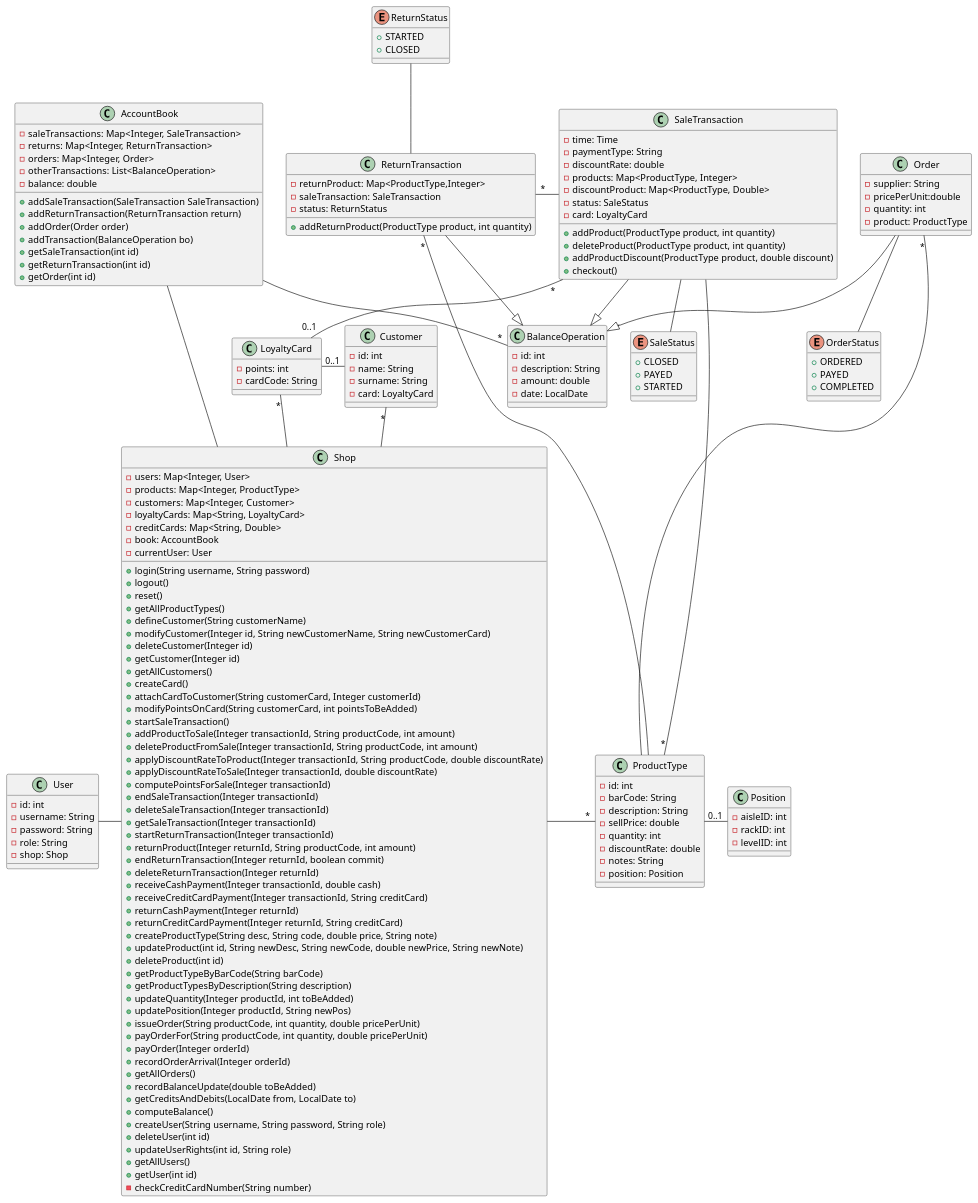
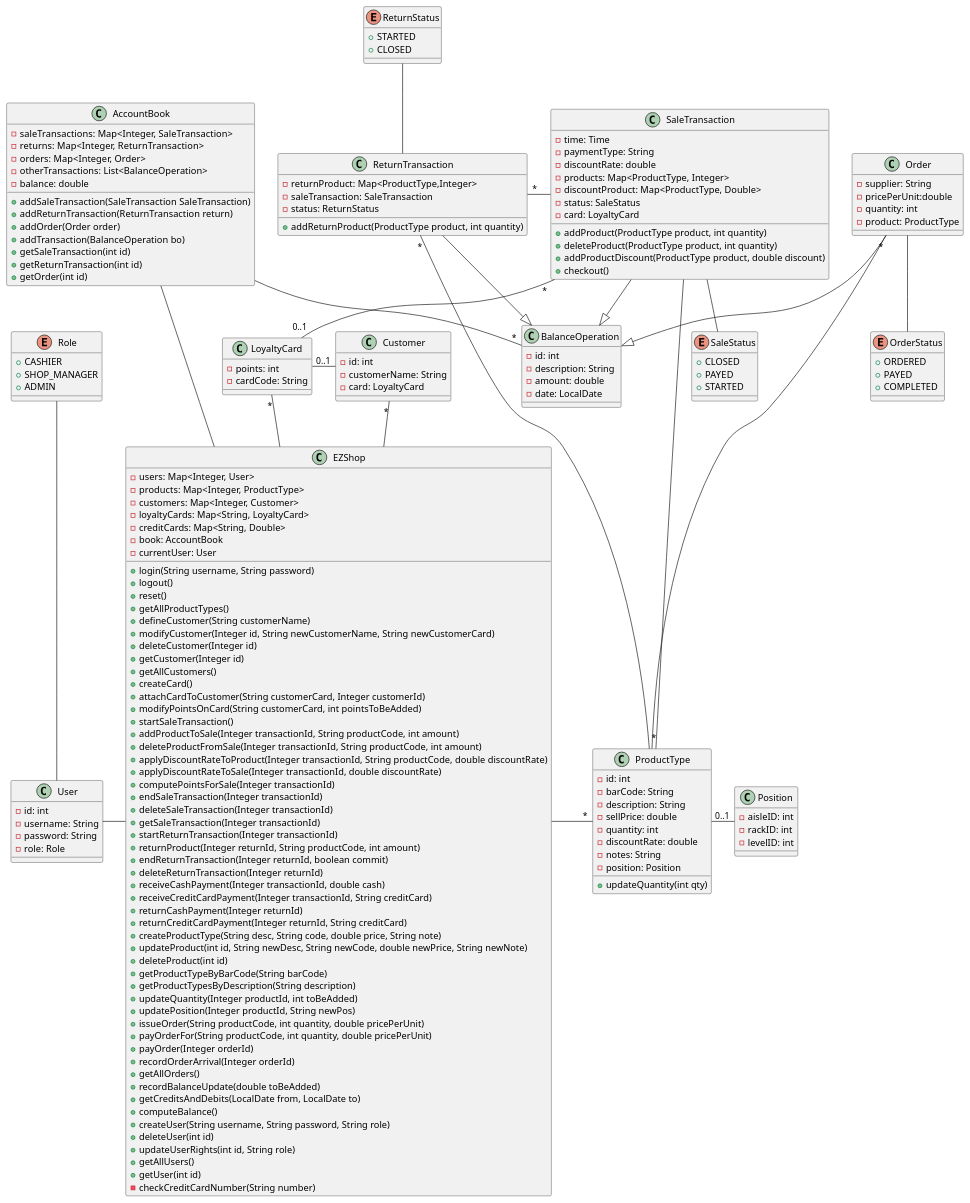
One commit to BMike10/EzShop changed the second of 3 diagrams in Deliverables/DesignDocument.md. Above: the diagram before and after it, drawn with PlantUML. The commit also changed other lines of this file and 2 other files, not shown here.

````diff
--- a/Deliverables/DesignDocument.md
+++ b/Deliverables/DesignDocument.md
@@ -50,6 +50,6 @@
 ```plantuml
 @startuml
-class Shop{
+class EZShop{
     - users: Map<Integer, User>
     - products: Map<Integer, ProductType>
     - customers: Map<Integer, Customer>
@@ -114,13 +114,15 @@
     - id: int 
     - username: String 
     - password: String 
-    - role: String 
-    - shop: Shop 
+    - role: Role 
 }
-' interface Role{
-' }
-
-User - Shop
+enum Role{
+    + CASHIER
+    + SHOP_MANAGER
+    + ADMIN
+}
+Role -- User
+User - EZShop
 
 
 class AccountBook { 
@@ -139,7 +141,7 @@
     + getOrder(int id)
 
 }
-AccountBook - Shop
+AccountBook - EZShop
 class BalanceOperation {
  - id: int
  - description: String
@@ -172,9 +174,11 @@
     - discountRate: double 
     - notes: String 
     - position: Position 
+
+    + updateQuantity(int qty)
 }
 
-Shop - "*" ProductType
+EZShop - "*" ProductType
 
 class SaleTransaction {
     - time: Time 
@@ -208,15 +212,14 @@
 
 class Customer {
     - id: int
-    - name: String 
-    - surname: String 
+    - customerName: String 
     - card: LoyaltyCard 
 }
 
 LoyaltyCard "0..1" - Customer
 
-LoyaltyCard "*"-- Shop
-Customer "*"-- Shop
+LoyaltyCard "*"-- EZShop
+Customer "*"-- EZShop
 SaleTransaction "*" -- "0..1" LoyaltyCard
 
 
````
